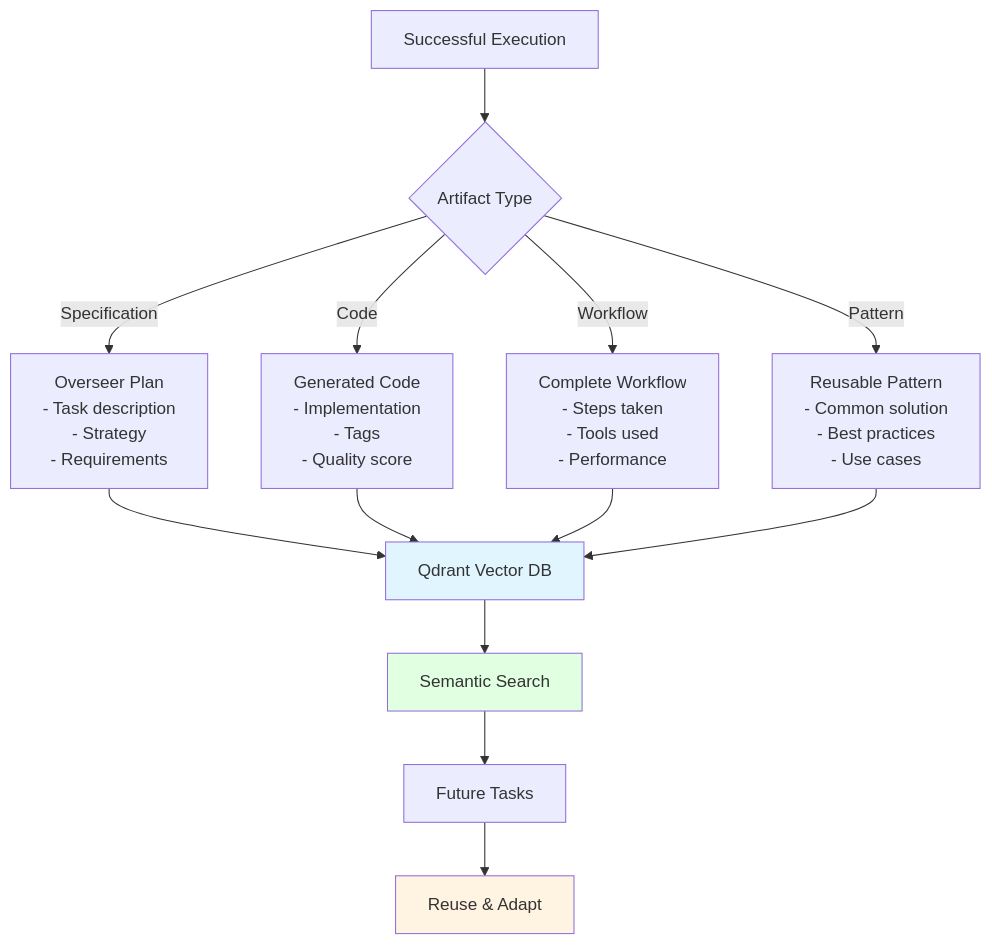
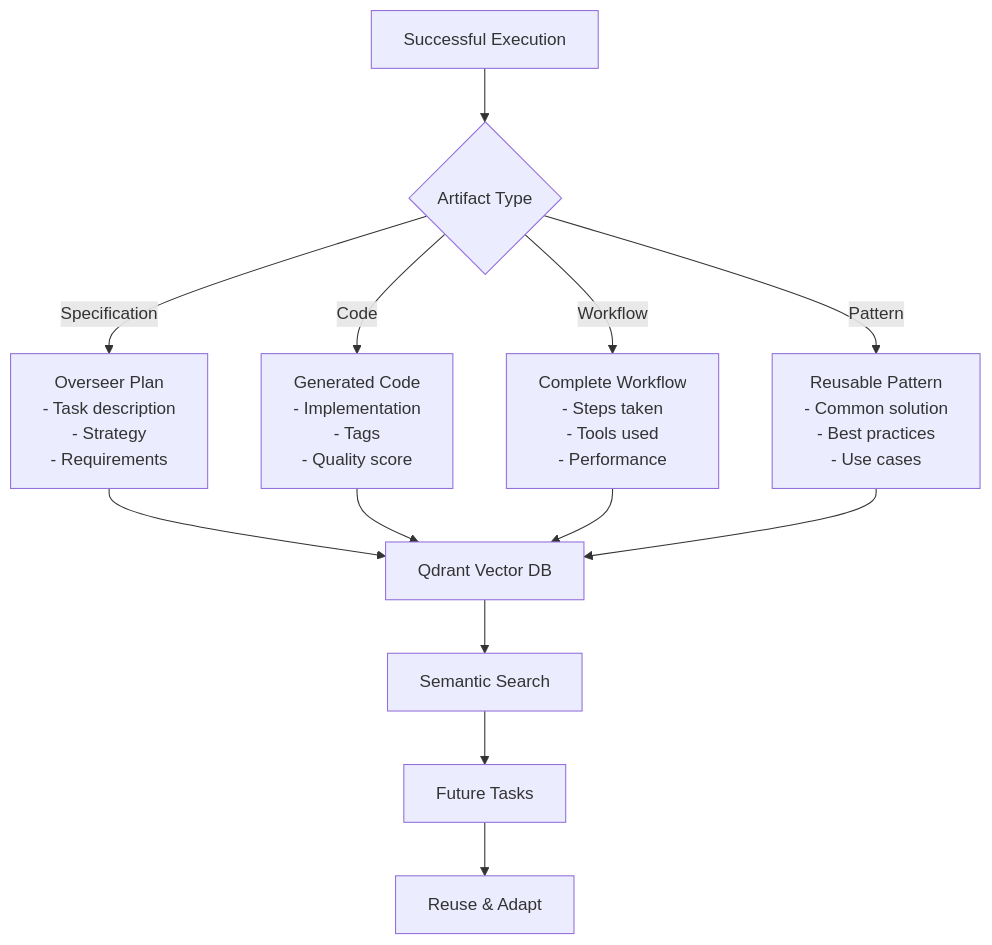
One commit to scottgal/mostlylucid.dse changed the fifth of 7 diagrams in README.md. Above: the diagram before and after it, drawn with Mermaid. The commit also changed other lines of this file and 1 other file, not shown here.

````diff
--- a/README.md
+++ b/README.md
@@ -379,22 +367,19 @@
 ```mermaid
 graph TB
     A[Successful Execution] --> B{Artifact Type}
 
     B -->|Specification| C[Overseer Plan<br/>- Task description<br/>- Strategy<br/>- Requirements]
     B -->|Code| D[Generated Code<br/>- Implementation<br/>- Tags<br/>- Quality score]
     B -->|Workflow| E[Complete Workflow<br/>- Steps taken<br/>- Tools used<br/>- Performance]
     B -->|Pattern| F[Reusable Pattern<br/>- Common solution<br/>- Best practices<br/>- Use cases]
 
     C --> G[Qdrant Vector DB]
     D --> G
     E --> G
     F --> G
 
     G --> H[Semantic Search]
     H --> I[Future Tasks]
     I --> J[Reuse & Adapt]
 
-    style G fill:#e1f5ff
-    style H fill:#e1ffe1
-    style J fill:#fff3e1
 ```
````
